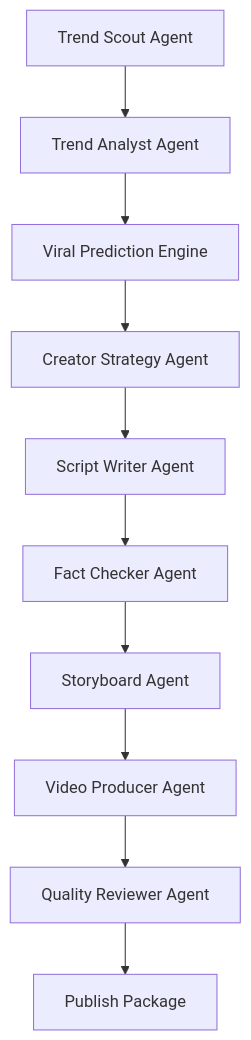
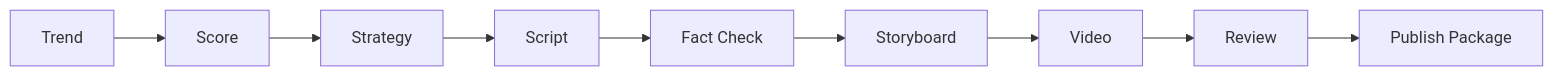
Before and after one commit to 2417467487-hub/Trend2Video-Pro: the diagram in README.md, drawn with Mermaid. The commit also changed other lines of this file and 1 other file, not shown here.

````diff
--- a/README.md
+++ b/README.md
@@ -162,12 +84,11 @@
 ```mermaid
-flowchart TD
-    A["Trend Scout Agent"] --> B["Trend Analyst Agent"]
-    B --> C["Viral Prediction Engine"]
-    C --> D["Creator Strategy Agent"]
-    D --> E["Script Writer Agent"]
-    E --> F["Fact Checker Agent"]
-    F --> G["Storyboard Agent"]
-    G --> H["Video Producer Agent"]
-    H --> I["Quality Reviewer Agent"]
-    I --> J["Publish Package"]
+flowchart LR
+    A["Trend"] --> B["Score"]
+    B --> C["Strategy"]
+    C --> D["Script"]
+    D --> E["Fact Check"]
+    E --> F["Storyboard"]
+    F --> G["Video"]
+    G --> H["Review"]
+    H --> I["Publish Package"]
 ```
````
